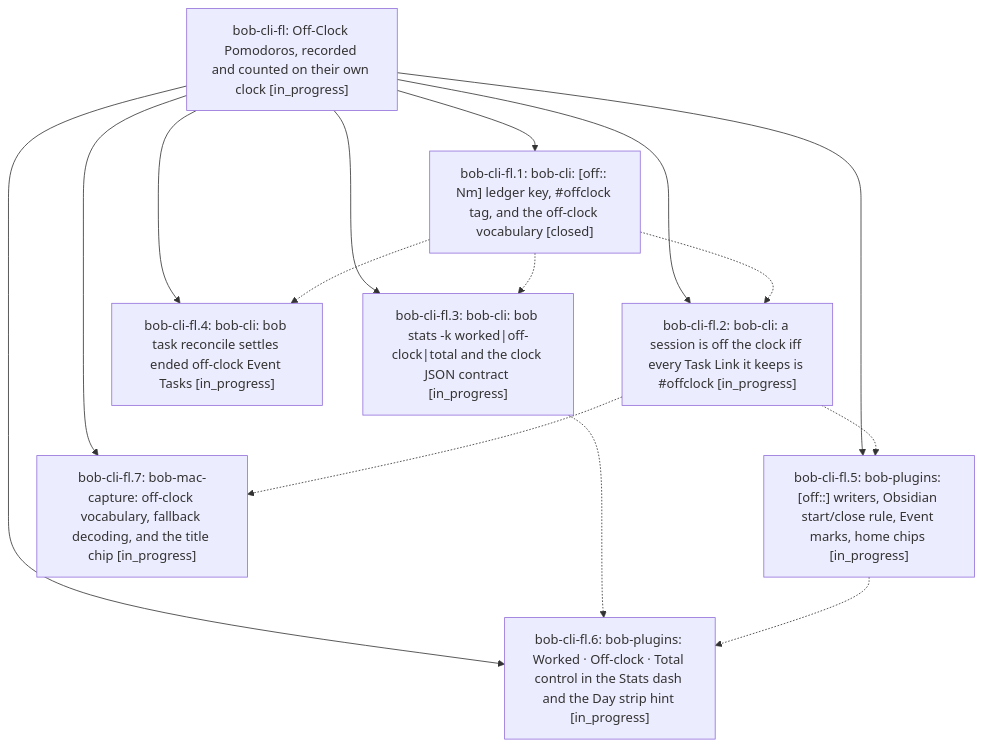
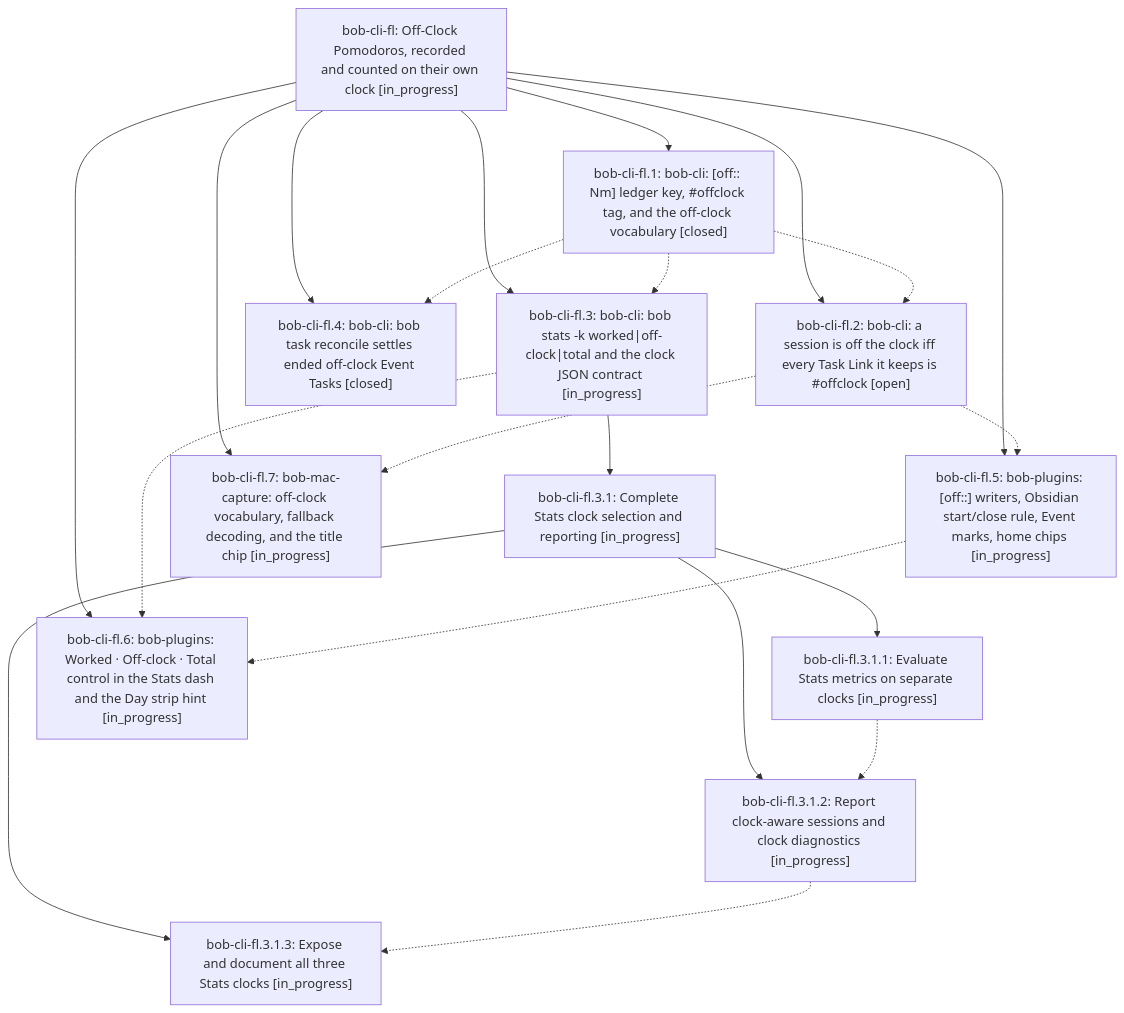
The diagram in pages/bob-cli-fl/README.md (bobs-org/bob-cli--beads), drawn with Mermaid before and after one commit. The commit also changed other lines of this file and 10 other files, not shown here.

First line of the commit message:
chore(beads): sync bead state and pages for bob-cli-fl

````diff
--- a/pages/bob-cli-fl/README.md
+++ b/pages/bob-cli-fl/README.md
@@ -40,25 +40,35 @@
 ```mermaid
 flowchart TD
     n0["bob-cli-fl: Off-Clock Pomodoros, recorded and counted on their own clock [in_progress]"]
     n1["bob-cli-fl.1: bob-cli: [off:: Nm] ledger key, #offclock tag, and the off-clock vocabulary [closed]"]
-    n2["bob-cli-fl.2: bob-cli: a session is off the clock iff every Task Link it keeps is #offclock [in_progress]"]
+    n2["bob-cli-fl.2: bob-cli: a session is off the clock iff every Task Link it keeps is #offclock [open]"]
     n3["bob-cli-fl.3: bob-cli: bob stats -k worked|off-clock|total and the clock JSON contract [in_progress]"]
-    n4["bob-cli-fl.4: bob-cli: bob task reconcile settles ended off-clock Event Tasks [in_progress]"]
-    n5["bob-cli-fl.5: bob-plugins: [off::] writers, Obsidian start/close rule, Event marks, home chips [in_progress]"]
-    n6["bob-cli-fl.6: bob-plugins: Worked · Off-clock · Total control in the Stats dash and the Day strip hint [in_progress]"]
-    n7["bob-cli-fl.7: bob-mac-capture: off-clock vocabulary, fallback decoding, and the title chip [in_progress]"]
+    n4["bob-cli-fl.3.1: Complete Stats clock selection and reporting [in_progress]"]
+    n5["bob-cli-fl.3.1.1: Evaluate Stats metrics on separate clocks [in_progress]"]
+    n6["bob-cli-fl.3.1.2: Report clock-aware sessions and clock diagnostics [in_progress]"]
+    n7["bob-cli-fl.3.1.3: Expose and document all three Stats clocks [in_progress]"]
+    n8["bob-cli-fl.4: bob-cli: bob task reconcile settles ended off-clock Event Tasks [closed]"]
+    n9["bob-cli-fl.5: bob-plugins: [off::] writers, Obsidian start/close rule, Event marks, home chips [in_progress]"]
+    n10["bob-cli-fl.6: bob-plugins: Worked · Off-clock · Total control in the Stats dash and the Day strip hint [in_progress]"]
+    n11["bob-cli-fl.7: bob-mac-capture: off-clock vocabulary, fallback decoding, and the title chip [in_progress]"]
     n0 --> n1
     n0 --> n2
     n0 --> n3
-    n0 --> n4
-    n0 --> n5
-    n0 --> n6
-    n0 --> n7
+    n3 --> n4
+    n4 --> n5
+    n4 --> n6
+    n4 --> n7
+    n0 --> n8
+    n0 --> n9
+    n0 --> n10
+    n0 --> n11
     n1 -.-> n2
     n1 -.-> n3
-    n1 -.-> n4
-    n2 -.-> n5
-    n2 -.-> n7
-    n3 -.-> n6
+    n1 -.-> n8
+    n2 -.-> n9
+    n2 -.-> n11
+    n3 -.-> n10
     n5 -.-> n6
+    n6 -.-> n7
+    n9 -.-> n10
 ```
````
